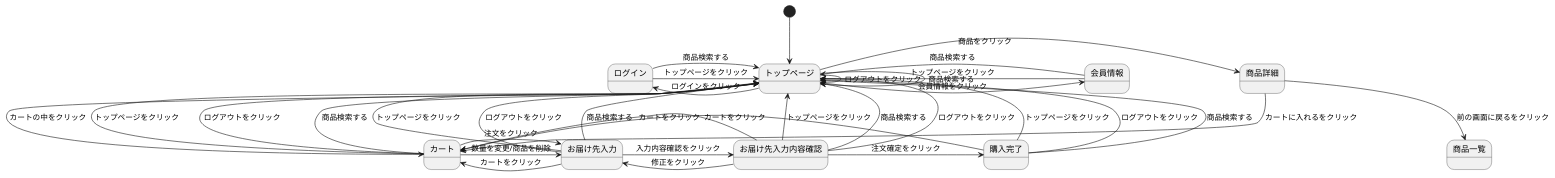
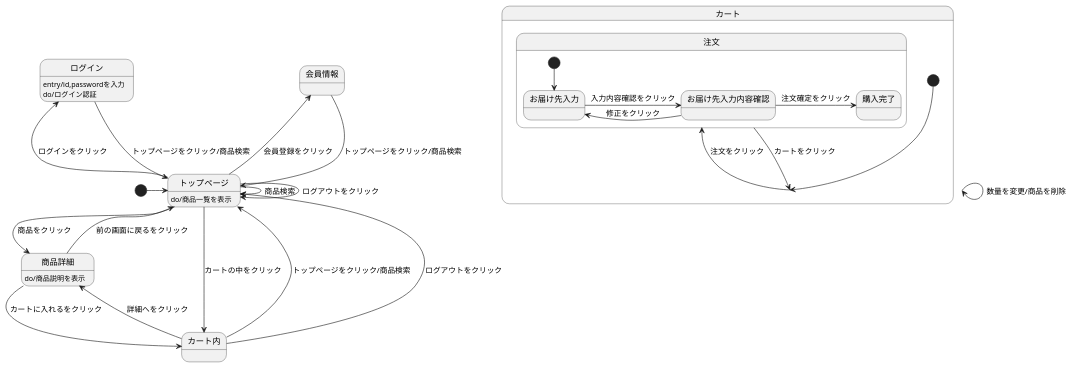
One commit to Aso2001369/2021sys-design changed the diagram in src/md/画面遷移図.md. Above: the diagram before and after it, drawn with PlantUML.

````diff
--- a/src/md/画面遷移図.md
+++ b/src/md/画面遷移図.md
@@ -1,39 +1,36 @@
 ```uml
 @startuml
 
-[*] --> トップページ
-トップページ -> トップページ : ログアウトをクリック
-トップページ -> トップページ : 商品検索する
-トップページ -> 会員情報 : 会員情報をクリック
+[*] -> トップページ
+会員情報 --> トップページ : トップページをクリック/商品検索
+ログイン --> トップページ : トップページをクリック/商品検索
+ログイン : entry/id,passwordを入力
+ログイン : do/ログイン認証
+トップページ --> トップページ : ログアウトをクリック
+トップページ -> トップページ : 商品検索
 トップページ -> 商品詳細 : 商品をクリック
-商品詳細 --> カート : カートに入れるをクリック
-商品詳細 --> 商品一覧 : 前の画面に戻るをクリック
-会員情報 -> トップページ : トップページをクリック
-会員情報 -> トップページ : 商品検索する
+トップページ -left-> 会員情報 : 会員登録をクリック
 トップページ -left-> ログイン : ログインをクリック
-ログイン -> トップページ : トップページをクリック
-ログイン -> トップページ : 商品検索する
-トップページ --> カート : カートの中をクリック
-カート -> トップページ : トップページをクリック
-カート -> お届け先入力 : 数量を変更/商品を削除
-カート -> お届け先入力 : 注文をクリック
-カート -> トップページ : ログアウトをクリック
-カート -> トップページ : 商品検索する
-お届け先入力 -> トップページ : トップページをクリック
-お届け先入力 -> カート : カートをクリック
-お届け先入力 -> お届け先入力内容確認 : 入力内容確認をクリック
-お届け先入力 -> トップページ : ログアウトをクリック
-お届け先入力 -> トップページ : 商品検索する
-お届け先入力内容確認 -> トップページ : トップページをクリック
-お届け先入力内容確認 -> カート : カートをクリック
-お届け先入力内容確認 -> お届け先入力 : 修正をクリック
-お届け先入力内容確認 -> 購入完了 : 注文確定をクリック
-お届け先入力内容確認 --> トップページ : ログアウトをクリック
-お届け先入力内容確認 -> トップページ : 商品検索する
-購入完了 -> トップページ : トップページをクリック
-購入完了 -> カート : カートをクリック
-購入完了 -> トップページ : ログアウトをクリック
-購入完了 -> トップページ : 商品検索する
+トップページ --> カート内 : カートの中をクリック
+トップページ : do/商品一覧を表示
+商品詳細 --> カート内 : カートに入れるをクリック
+商品詳細 --> トップページ : 前の画面に戻るをクリック
+商品詳細 : do/商品説明を表示
+カート内 -up-> トップページ : トップページをクリック/商品検索
+カート内 -up-> トップページ : ログアウトをクリック
+カート内 -> 商品詳細 : 詳細へをクリック
 
+state カート {
+  [*] --> カート
+  カート -> 注文 : 注文をクリック
+  カート -> カート : 数量を変更/商品を削除
+  注文 --> カート : カートをクリック
+  state 注文 {
+    [*] --> お届け先入力
+    お届け先入力 -> お届け先入力内容確認 : 入力内容確認をクリック
+    お届け先入力内容確認 -> お届け先入力 : 修正をクリック
+    お届け先入力内容確認 -> 購入完了 : 注文確定をクリック
+  }
+ }
 @enduml
 ```
````
